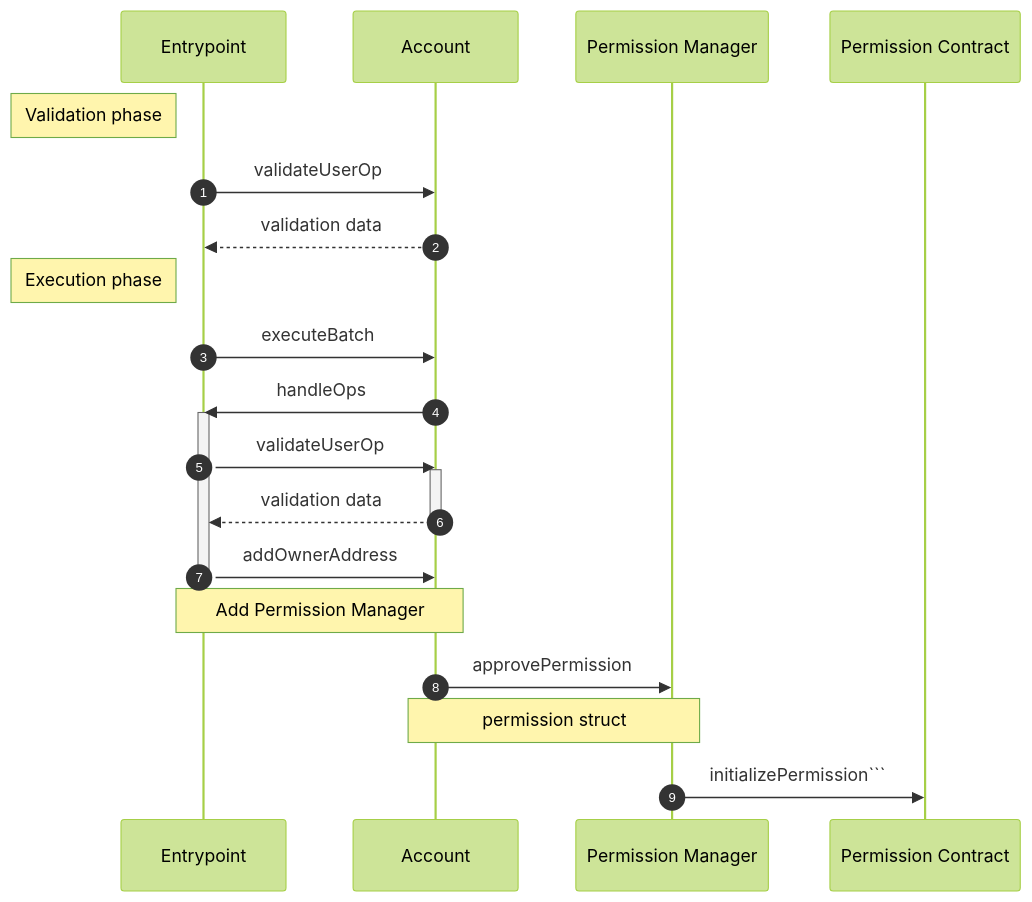
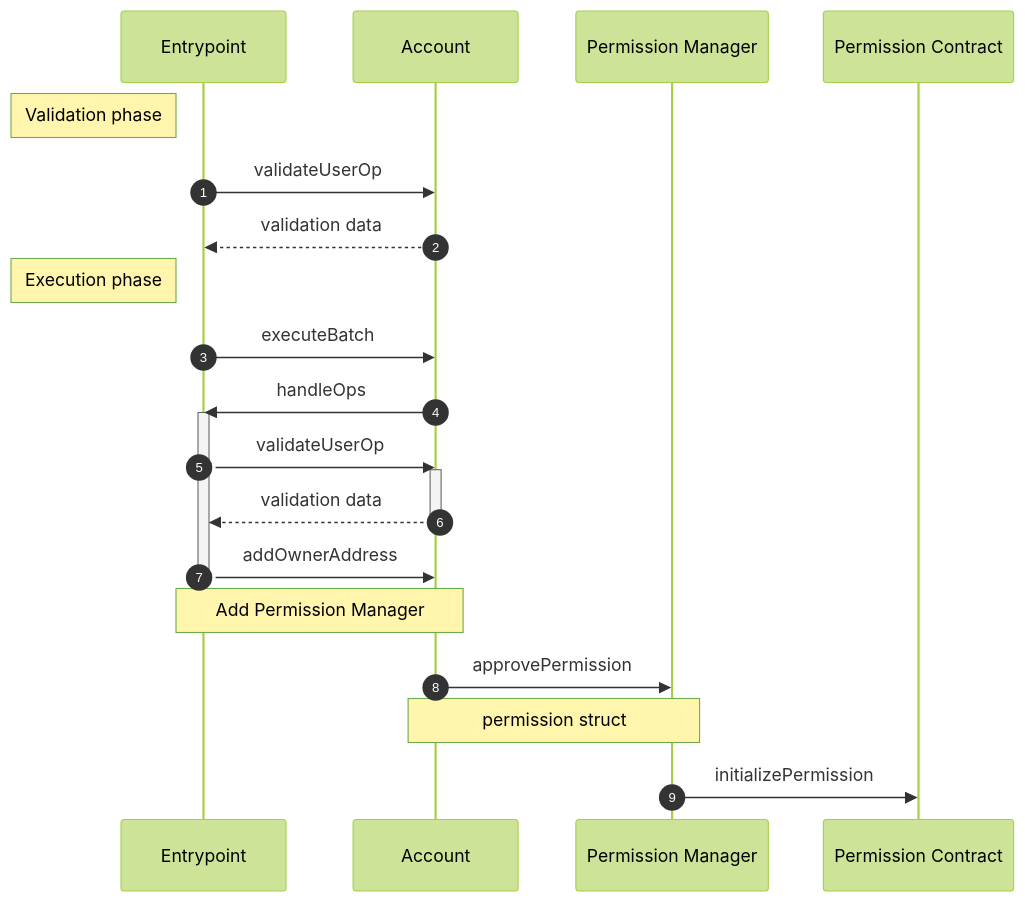
Before and after one commit to coinbase/smart-wallet-permissions: the diagram in docs/diagrams/onchain/firstTimeApproval.md, drawn with Mermaid (forest theme).

Commit message:
Fix extraneous backticks

`````diff
--- a/docs/diagrams/onchain/firstTimeApproval.md
+++ b/docs/diagrams/onchain/firstTimeApproval.md
@@ -13,26 +13,26 @@
-````mermaid
+```mermaid
 sequenceDiagram
     autonumber
     participant E as Entrypoint
     participant A as Account
     participant M as Permission Manager
     participant P as Permission Contract
 
     Note left of E: Validation phase
     E->>A: validateUserOp
     A-->>E: validation data
     Note left of E: Execution phase
     E->>A: executeBatch
     A->>E: handleOps
     activate E
     E->>A: validateUserOp
     activate A
     A-->>E: validation data
     deactivate A
     E->>A: addOwnerAddress
     deactivate E
     Note over A,E: Add Permission Manager
     A->>M: approvePermission
     Note over A,M: permission struct
-    M->>P: initializePermission```
-````
+    M->>P: initializePermission
+```
`````
